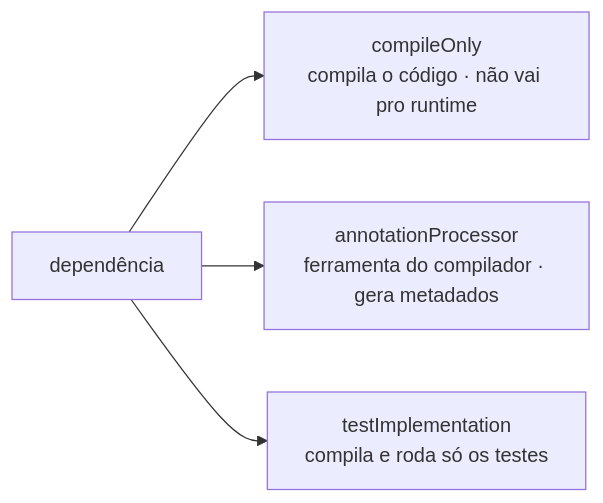
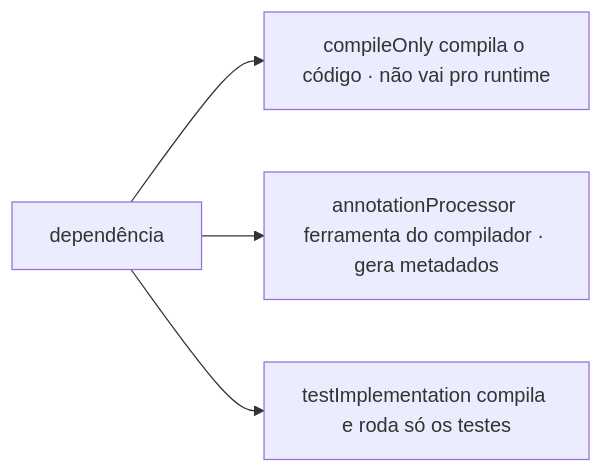
One commit to cesarschutz/cesarschutz.github.io changed the diagram in src/contents/posts/gradle-tipos-de-dependencia.md. Above: the diagram before and after it, drawn with Mermaid. The commit also changed 10 other files, not shown here.

First line of the commit message:
Blinda diagramas Mermaid: remove <br> e nós invisíveis dos rótulos

````diff
--- a/src/contents/posts/gradle-tipos-de-dependencia.md
+++ b/src/contents/posts/gradle-tipos-de-dependencia.md
@@ -29,6 +29,6 @@
 ```mermaid
 flowchart LR
-  D["dependência"] --> CO["compileOnly<br>compila o código · não vai pro runtime"]
-  D --> AP["annotationProcessor<br>ferramenta do compilador · gera metadados"]
-  D --> TI["testImplementation<br>compila e roda só os testes"]
+  D["dependência"] --> CO["compileOnly compila o código · não vai pro runtime"]
+  D --> AP["annotationProcessor ferramenta do compilador · gera metadados"]
+  D --> TI["testImplementation compila e roda só os testes"]
 ```
````
